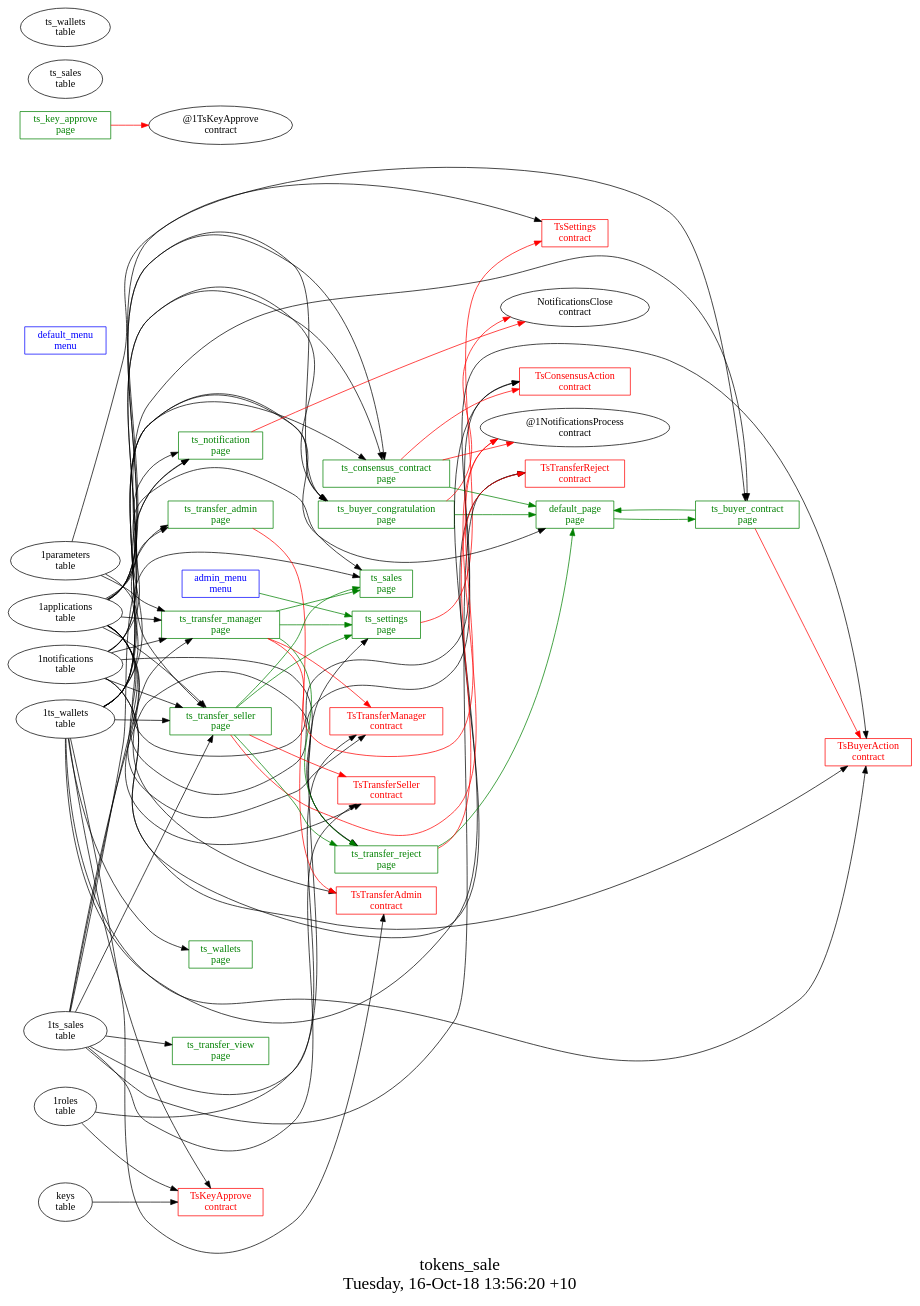
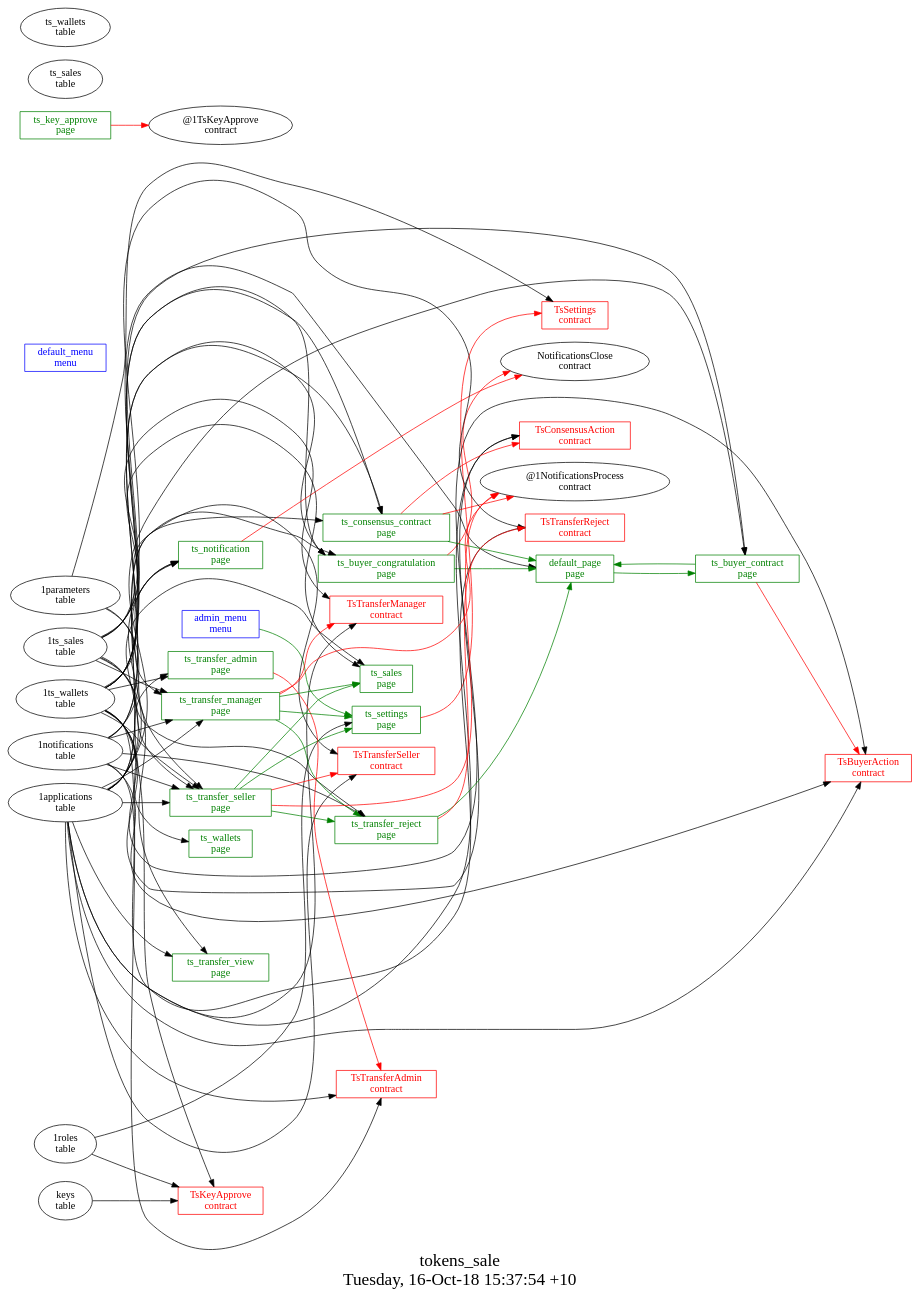
The diagram in other/tokens_sale/struct.dot (AplaProject/apps), drawn with Graphviz before and after one commit. The commit also changed 14 other files, not shown here.

Commit message:
Fixed tokens_sale

```diff
--- a/other/tokens_sale/struct.dot
+++ b/other/tokens_sale/struct.dot
@@ -1,106 +1,107 @@
 digraph G {
 fontsize="24";
-label="tokens_sale\nTuesday, 16-Oct-18 13:56:20 +10";
+label="tokens_sale\nTuesday, 16-Oct-18 15:37:54 +10";
 nojustify=true;
 ordering=out;
 rankdir=LR;
 size="30";
 "admin_menu\nmenu" -> "ts_settings\npage"  [ color=green ]
 "admin_menu\nmenu" [color=blue, fontcolor=blue, group=menus, shape=record];
 "default_menu\nmenu" [color=blue, fontcolor=blue, group=menus, shape=record];
 "1ts_wallets\ntable" -> "default_page\npage"
 "default_page\npage" -> "ts_buyer_contract\npage"  [ color=green ]
 "default_page\npage" [color=green, fontcolor=green, group=pages, shape=record];
 "ts_buyer_congratulation\npage" -> "NotificationsClose\ncontract"  [ color=red ]
 "1applications\ntable" -> "ts_buyer_congratulation\npage"
 "1notifications\ntable" -> "ts_buyer_congratulation\npage"
 "1ts_wallets\ntable" -> "ts_buyer_congratulation\npage"
 "ts_buyer_congratulation\npage" -> "default_page\npage"  [ color=green ]
 "ts_buyer_congratulation\npage" [color=green, fontcolor=green, group=pages, shape=record];
 "ts_buyer_contract\npage" -> "TsBuyerAction\ncontract"  [ color=red ]
 "1applications\ntable" -> "ts_buyer_contract\npage"
 "1ts_wallets\ntable" -> "ts_buyer_contract\npage"
 "ts_buyer_contract\npage" -> "default_page\npage"  [ color=green ]
 "ts_buyer_contract\npage" [color=green, fontcolor=green, group=pages, shape=record];
 "ts_consensus_contract\npage" -> "TsConsensusAction\ncontract"  [ color=red ]
 "ts_consensus_contract\npage" -> "@1NotificationsProcess\ncontract"  [ color=red ]
 "1applications\ntable" -> "ts_consensus_contract\npage"
 "1notifications\ntable" -> "ts_consensus_contract\npage"
 "1ts_wallets\ntable" -> "ts_consensus_contract\npage"
 "ts_consensus_contract\npage" -> "default_page\npage"  [ color=green ]
 "ts_consensus_contract\npage" [color=green, fontcolor=green, group=pages, shape=record];
 "ts_key_approve\npage" -> "@1TsKeyApprove\ncontract"  [ color=red ]
 "ts_key_approve\npage" [color=green, fontcolor=green, group=pages, shape=record];
 "ts_notification\npage" -> "NotificationsClose\ncontract"  [ color=red ]
 "1applications\ntable" -> "ts_notification\npage"
 "1notifications\ntable" -> "ts_notification\npage"
 "1ts_wallets\ntable" -> "ts_notification\npage"
 "ts_notification\npage" [color=green, fontcolor=green, group=pages, shape=record];
 "1applications\ntable" -> "ts_sales\npage"
 "1ts_sales\ntable" -> "ts_sales\npage"
 "ts_sales\npage" [color=green, fontcolor=green, group=pages, shape=record];
 "ts_settings\npage" -> "TsSettings\ncontract"  [ color=red ]
 "1roles\ntable" -> "ts_settings\npage"
 "ts_settings\npage" [color=green, fontcolor=green, group=pages, shape=record];
 "ts_transfer_admin\npage" -> "TsTransferAdmin\ncontract"  [ color=red ]
 "1applications\ntable" -> "ts_transfer_admin\npage"
 "1ts_wallets\ntable" -> "ts_transfer_admin\npage"
 "ts_transfer_admin\npage" [color=green, fontcolor=green, group=pages, shape=record];
 "ts_transfer_manager\npage" -> "TsTransferManager\ncontract"  [ color=red ]
 "ts_transfer_manager\npage" -> "@1NotificationsProcess\ncontract"  [ color=red ]
 "1applications\ntable" -> "ts_transfer_manager\npage"
 "1notifications\ntable" -> "ts_transfer_manager\npage"
 "1ts_sales\ntable" -> "ts_transfer_manager\npage"
 "1parameters\ntable" -> "ts_transfer_manager\npage"
 "ts_transfer_manager\npage" -> "ts_transfer_reject\npage"  [ color=green ]
 "ts_transfer_manager\npage" -> "ts_sales\npage"  [ color=green ]
 "ts_transfer_manager\npage" -> "ts_settings\npage"  [ color=green ]
 "ts_transfer_manager\npage" [color=green, fontcolor=green, group=pages, shape=record];
 "ts_transfer_reject\npage" -> "TsTransferReject\ncontract"  [ color=red ]
 "1notifications\ntable" -> "ts_transfer_reject\npage"
 "1ts_sales\ntable" -> "ts_transfer_reject\npage"
 "ts_transfer_reject\npage" -> "default_page\npage"  [ color=green ]
 "ts_transfer_reject\npage" [color=green, fontcolor=green, group=pages, shape=record];
 "ts_transfer_seller\npage" -> "TsTransferSeller\ncontract"  [ color=red ]
 "ts_transfer_seller\npage" -> "@1NotificationsProcess\ncontract"  [ color=red ]
 "1applications\ntable" -> "ts_transfer_seller\npage"
 "1notifications\ntable" -> "ts_transfer_seller\npage"
 "1ts_sales\ntable" -> "ts_transfer_seller\npage"
 "1ts_wallets\ntable" -> "ts_transfer_seller\npage"
 "1parameters\ntable" -> "ts_transfer_seller\npage"
 "ts_transfer_seller\npage" -> "ts_transfer_reject\npage"  [ color=green ]
 "ts_transfer_seller\npage" -> "ts_sales\npage"  [ color=green ]
 "ts_transfer_seller\npage" -> "ts_settings\npage"  [ color=green ]
 "ts_transfer_seller\npage" [color=green, fontcolor=green, group=pages, shape=record];
+"1applications\ntable" -> "ts_transfer_view\npage"
 "1ts_sales\ntable" -> "ts_transfer_view\npage"
 "ts_transfer_view\npage" [color=green, fontcolor=green, group=pages, shape=record];
 "1ts_wallets\ntable" -> "ts_wallets\npage"
 "ts_wallets\npage" [color=green, fontcolor=green, group=pages, shape=record];
 "1applications\ntable" -> "TsBuyerAction\ncontract"
 "1ts_wallets\ntable" -> "TsBuyerAction\ncontract"
 "1notifications\ntable" -> "TsBuyerAction\ncontract"
 "TsBuyerAction\ncontract" [color=red, fontcolor=red, group=contracts, shape=record];
 "1applications\ntable" -> "TsConsensusAction\ncontract"
 "1ts_wallets\ntable" -> "TsConsensusAction\ncontract"
 "TsConsensusAction\ncontract" [color=red, fontcolor=red, group=contracts, shape=record];
 "1ts_wallets\ntable" -> "TsKeyApprove\ncontract"
 "keys\ntable" -> "TsKeyApprove\ncontract"
 "1roles\ntable" -> "TsKeyApprove\ncontract"
 "TsKeyApprove\ncontract" [color=red, fontcolor=red, group=contracts, shape=record];
 "1parameters\ntable" -> "TsSettings\ncontract"
 "TsSettings\ncontract" [color=red, fontcolor=red, group=contracts, shape=record];
 "1applications\ntable" -> "TsTransferAdmin\ncontract"
 "1ts_wallets\ntable" -> "TsTransferAdmin\ncontract"
 "TsTransferAdmin\ncontract" [color=red, fontcolor=red, group=contracts, shape=record];
 "1applications\ntable" -> "TsTransferManager\ncontract"
 "1ts_sales\ntable" -> "TsTransferManager\ncontract"
 "TsTransferManager\ncontract" [color=red, fontcolor=red, group=contracts, shape=record];
 "1notifications\ntable" -> "TsTransferReject\ncontract"
 "1ts_sales\ntable" -> "TsTransferReject\ncontract"
 "TsTransferReject\ncontract" [color=red, fontcolor=red, group=contracts, shape=record];
 "1applications\ntable" -> "TsTransferSeller\ncontract"
 "1ts_sales\ntable" -> "TsTransferSeller\ncontract"
 "TsTransferSeller\ncontract" [color=red, fontcolor=red, group=contracts, shape=record];
 "ts_sales\ntable" [color="", fontcolor="", group=tables, shape=""];
 "ts_wallets\ntable" [color="", fontcolor="", group=tables, shape=""];
 }
```
